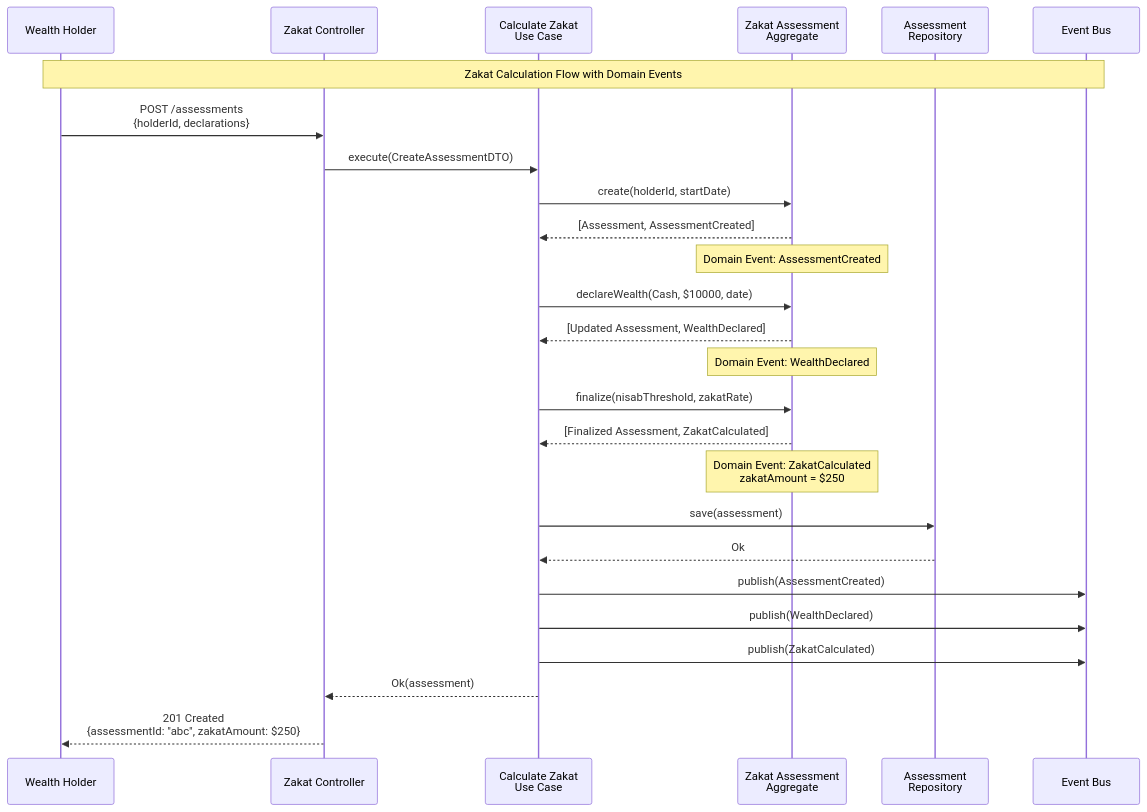
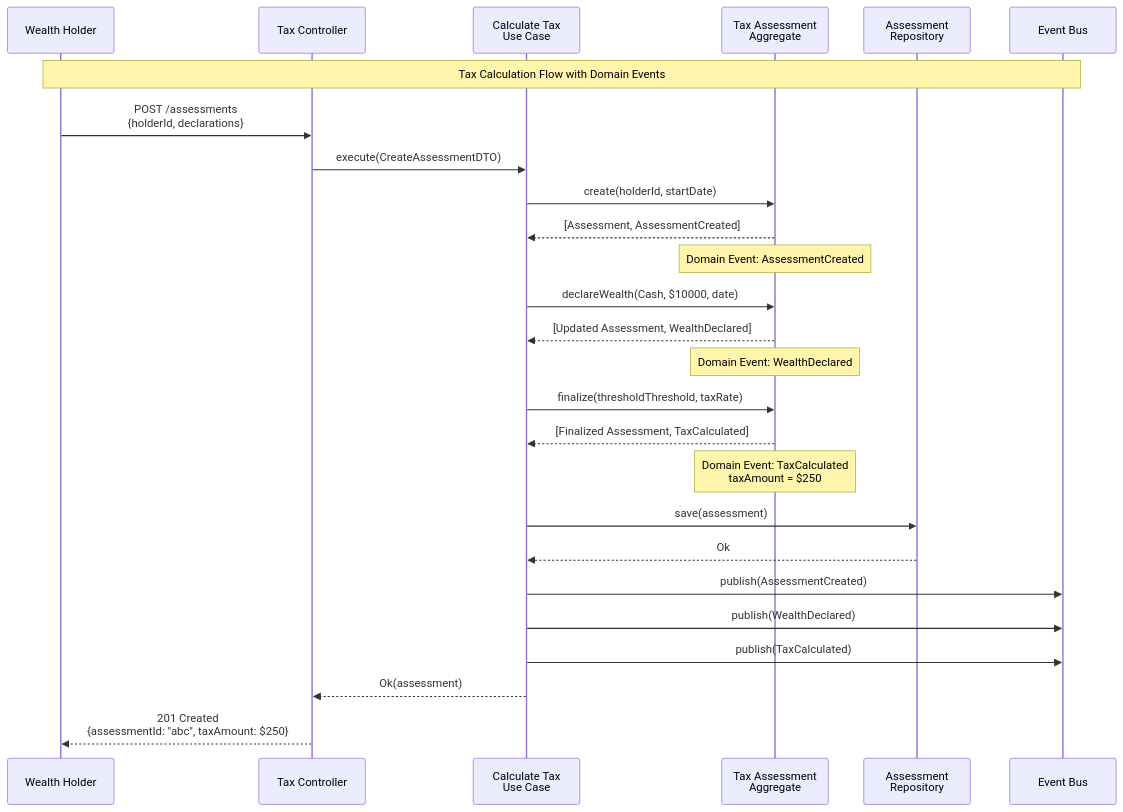
Before and after one commit to wahidyankf/open-sharia-enterprise: the tenth of 13 diagrams in docs/explanation/software/architecture/domain-driven-design-ddd/ex-so-ar-dodrdedd__17-ddd-and-c4-integration.md, drawn with Mermaid. The commit also changed other lines of this file and 94 other files, not shown here.

````diff
--- a/docs/explanation/software/architecture/domain-driven-design-ddd/ex-so-ar-dodrdedd__17-ddd-and-c4-integration.md
+++ b/docs/explanation/software/architecture/domain-driven-design-ddd/ex-so-ar-dodrdedd__17-ddd-and-c4-integration.md
@@ -481,36 +481,36 @@
 ```mermaid
 sequenceDiagram
     participant WH as Wealth Holder
-    participant API as Zakat Controller
-    participant UC as Calculate Zakat<br/>Use Case
-    participant Agg as Zakat Assessment<br/>Aggregate
+    participant API as Tax Controller
+    participant UC as Calculate Tax<br/>Use Case
+    participant Agg as Tax Assessment<br/>Aggregate
     participant Repo as Assessment<br/>Repository
     participant Bus as Event Bus
 
-    Note over WH,Bus: Zakat Calculation Flow with Domain Events
+    Note over WH,Bus: Tax Calculation Flow with Domain Events
 
     WH->>API: POST /assessments<br/>{holderId, declarations}
     API->>UC: execute(CreateAssessmentDTO)
 
     UC->>Agg: create(holderId, startDate)
     Agg-->>UC: [Assessment, AssessmentCreated]
     Note over Agg: Domain Event: AssessmentCreated
 
     UC->>Agg: declareWealth(Cash, $10000, date)
     Agg-->>UC: [Updated Assessment, WealthDeclared]
     Note over Agg: Domain Event: WealthDeclared
 
-    UC->>Agg: finalize(nisabThreshold, zakatRate)
-    Agg-->>UC: [Finalized Assessment, ZakatCalculated]
-    Note over Agg: Domain Event: ZakatCalculated<br/>zakatAmount = $250
+    UC->>Agg: finalize(thresholdThreshold, taxRate)
+    Agg-->>UC: [Finalized Assessment, TaxCalculated]
+    Note over Agg: Domain Event: TaxCalculated<br/>taxAmount = $250
 
     UC->>Repo: save(assessment)
     Repo-->>UC: Ok
 
     UC->>Bus: publish(AssessmentCreated)
     UC->>Bus: publish(WealthDeclared)
-    UC->>Bus: publish(ZakatCalculated)
+    UC->>Bus: publish(TaxCalculated)
 
     UC-->>API: Ok(assessment)
-    API-->>WH: 201 Created<br/>{assessmentId: "abc", zakatAmount: $250}
+    API-->>WH: 201 Created<br/>{assessmentId: "abc", taxAmount: $250}
 ```
````
